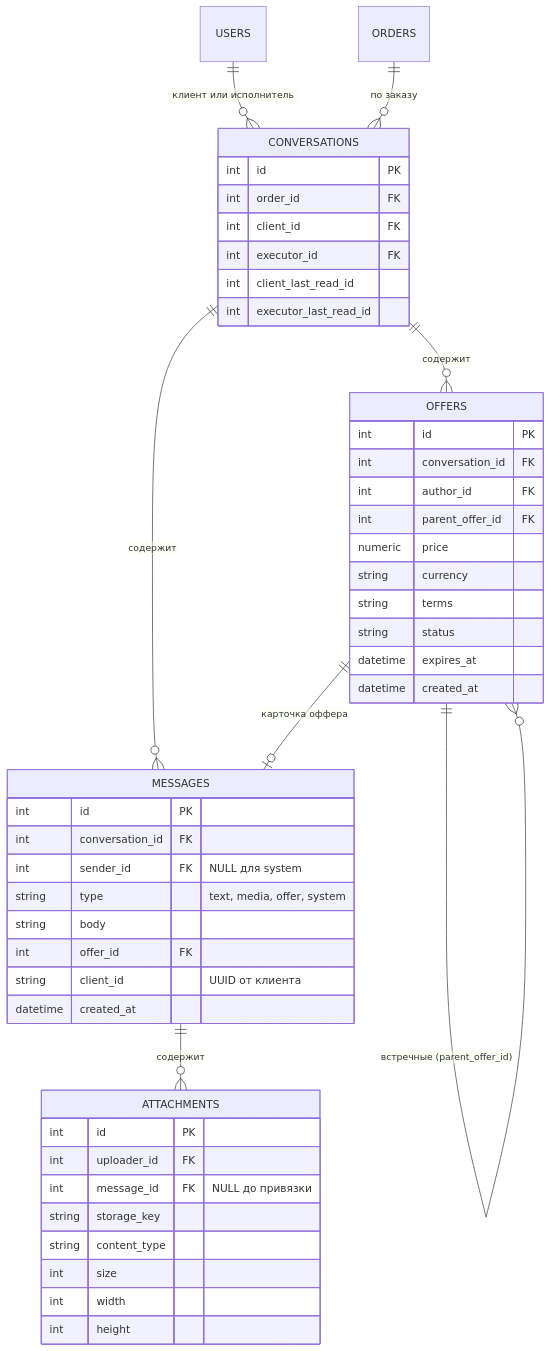
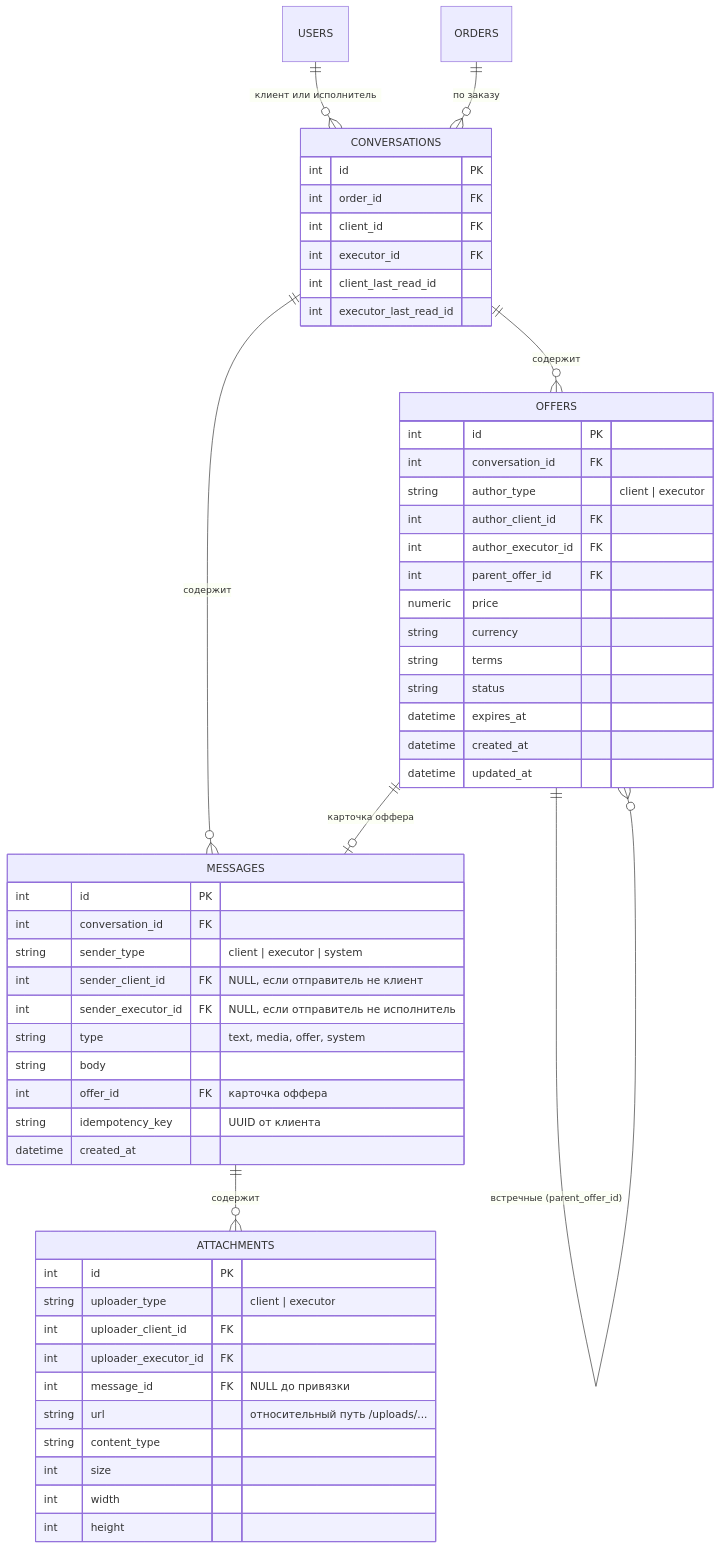
Before and after one commit to timofey1704/cargoradar-www: the second of 3 diagrams in architecture/business-processes/05-chat.md, drawn with Mermaid. The commit also changed other lines of this file and 15 other files, not shown here.

Commit message:
chat schemas + docs fix

````diff
--- a/architecture/business-processes/05-chat.md
+++ b/architecture/business-processes/05-chat.md
@@ -64,51 +64,58 @@
 ```mermaid
 erDiagram
     USERS ||--o{ CONVERSATIONS : "клиент или исполнитель"
     ORDERS ||--o{ CONVERSATIONS : "по заказу"
     CONVERSATIONS ||--o{ MESSAGES : содержит
     CONVERSATIONS ||--o{ OFFERS : содержит
     OFFERS ||--o{ OFFERS : "встречные (parent_offer_id)"
     MESSAGES ||--o{ ATTACHMENTS : содержит
     OFFERS ||--o| MESSAGES : "карточка оффера"
 
     CONVERSATIONS {
         int id PK
         int order_id FK
         int client_id FK
         int executor_id FK
         int client_last_read_id
         int executor_last_read_id
     }
     MESSAGES {
         int id PK
         int conversation_id FK
-        int sender_id FK "NULL для system"
+        string sender_type "client | executor | system"
+        int sender_client_id FK "NULL, если отправитель не клиент"
+        int sender_executor_id FK "NULL, если отправитель не исполнитель"
         string type "text, media, offer, system"
         string body
-        int offer_id FK
-        string client_id "UUID от клиента"
+        int offer_id FK "карточка оффера"
+        string idempotency_key "UUID от клиента"
         datetime created_at
     }
     OFFERS {
         int id PK
         int conversation_id FK
-        int author_id FK
+        string author_type "client | executor"
+        int author_client_id FK
+        int author_executor_id FK
         int parent_offer_id FK
         numeric price
         string currency
         string terms
         string status
         datetime expires_at
         datetime created_at
+        datetime updated_at
     }
     ATTACHMENTS {
         int id PK
-        int uploader_id FK
+        string uploader_type "client | executor"
+        int uploader_client_id FK
+        int uploader_executor_id FK
         int message_id FK "NULL до привязки"
-        string storage_key
+        string url "относительный путь /uploads/..."
         string content_type
         int size
         int width
         int height
     }
 ```
````
